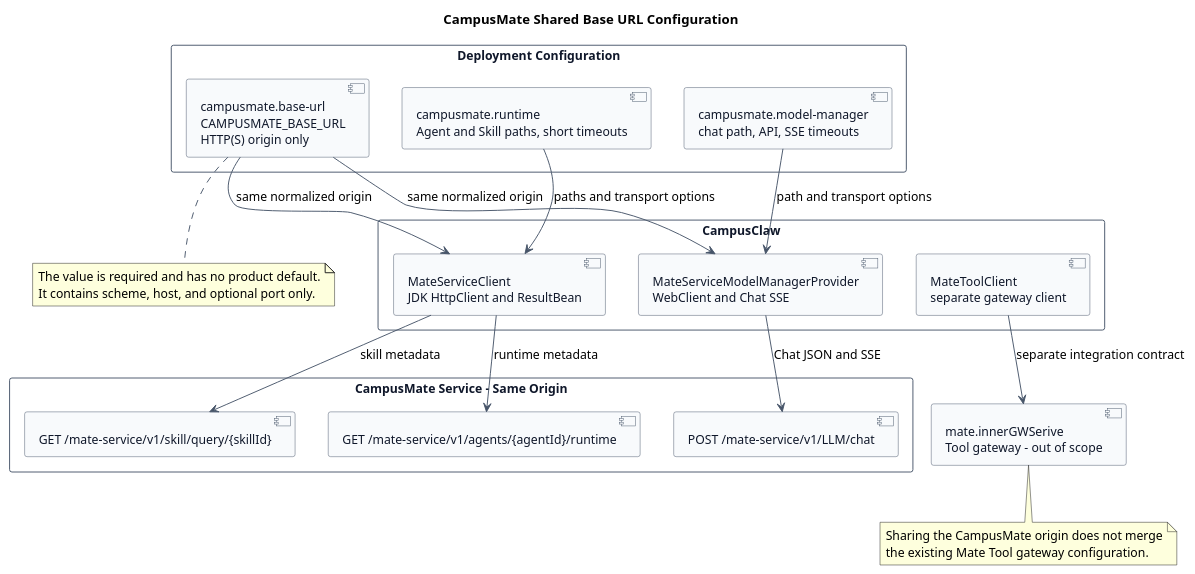
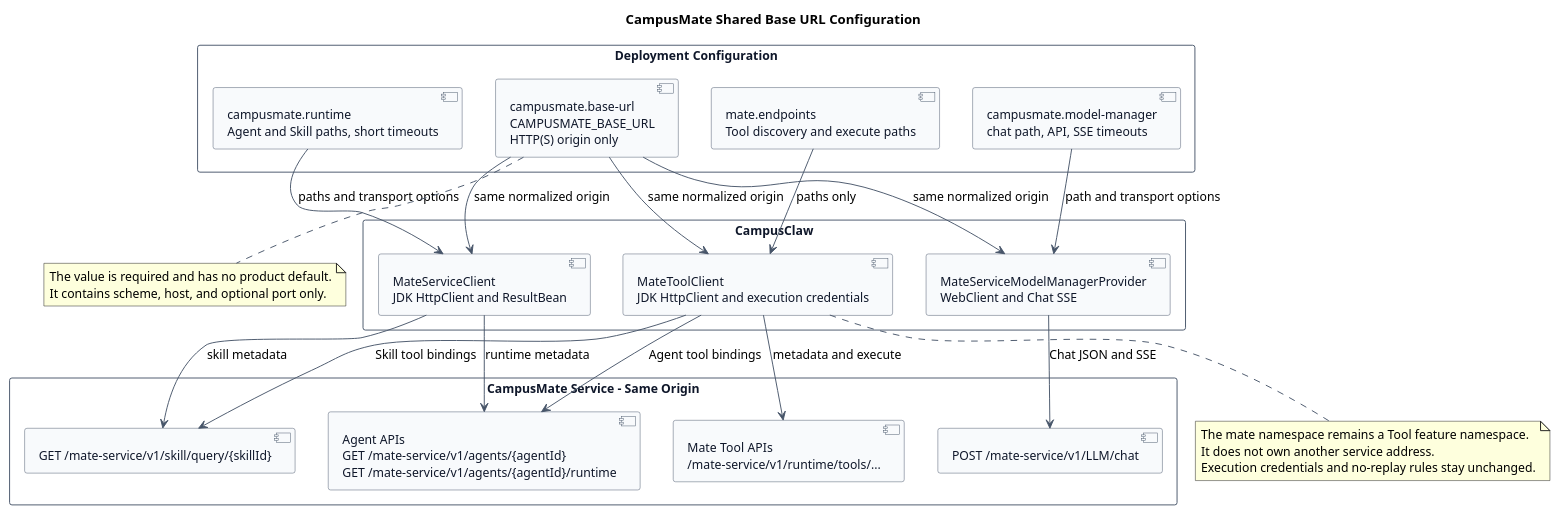
One commit to ssm0808/pi-mono-java-design changed the diagram in campusmate-shared-client-configuration/diagram.puml. Above: the diagram before and after it, drawn with PlantUML. The commit also changed 7 other files, not shown here.

Commit message:
docs(campusmate): 统一 Mate Tool 基础地址

```diff
--- a/campusmate-shared-client-configuration/diagram.puml
+++ b/campusmate-shared-client-configuration/diagram.puml
@@ -1,69 +1,77 @@
 @startuml campusmate_shared_base_url_configuration
 title CampusMate Shared Base URL Configuration
 
 ' Source evidence:
-' pi-mono-java modules/coding-agent-cli/src/main/resources/application.yml:89-108
+' pi-mono-java modules/coding-agent-cli/src/main/resources/application.yml:89-140
 ' pi-mono-java modules/ai/src/main/java/com/campusclaw/ai/provider/mate/MateServiceModelManagerProvider.java:68-76
 ' pi-mono-java modules/coding-agent-cli/src/main/java/com/campusclaw/codingagent/runtime/AgentRuntimeProperties.java:15-34
 ' pi-mono-java modules/coding-agent-cli/src/main/java/com/campusclaw/codingagent/runtime/MateServiceClient.java:43-69 and 184-197
+' pi-mono-java modules/coding-agent-cli/src/main/java/com/campusclaw/codingagent/config/MateToolAutoConfiguration.java:31-81
+' pi-mono-java modules/coding-agent-cli/src/main/java/com/campusclaw/codingagent/common/client/HttpMateToolClient.java:41-83 and 132-320
+' pi-mono-java mate-campusclaw/scripts/install_value.sh:27-38
 ' mate-service src/main/java/com/huawei/hicampus/mate/agentdefinition/controller/AgentDefinitionController.java:38-67
-' Observed behavior: Model Manager and Runtime clients read different base URL keys and can target different origins.
-' Target-only design: both clients read campusmate.base-url while retaining separate paths, timeouts, and protocols.
+' Observed behavior: Model Manager, Runtime, and Mate Tool clients read three address keys and can target different origins.
+' Target-only design: all three clients read campusmate.base-url while retaining separate paths, timeouts, auth, and protocols.
 ' Architecture change: deployment owns one CampusMate origin and no child configuration can override its host.
 ' Security hardening: child paths are absolute service paths and cannot contain another origin.
 
 skinparam backgroundColor #FFFFFF
 skinparam shadowing false
 skinparam defaultFontName Arial
 skinparam defaultFontSize 13
 skinparam component {
   BackgroundColor #F8FAFC
   BorderColor #475569
   FontColor #0F172A
 }
 skinparam rectangle {
   BackgroundColor #FFFFFF
   BorderColor #475569
   FontColor #0F172A
 }
 skinparam ArrowColor #475569
 
 rectangle "Deployment Configuration" {
   component "campusmate.base-url\nCAMPUSMATE_BASE_URL\nHTTP(S) origin only" as BaseUrl
   component "campusmate.model-manager\nchat path, API, SSE timeouts" as ModelConfig
   component "campusmate.runtime\nAgent and Skill paths, short timeouts" as RuntimeConfig
+  component "mate.endpoints\nTool discovery and execute paths" as ToolConfig
 }
 
 rectangle "CampusClaw" {
   component "MateServiceModelManagerProvider\nWebClient and Chat SSE" as ModelClient
   component "MateServiceClient\nJDK HttpClient and ResultBean" as RuntimeClient
-  component "MateToolClient\nseparate gateway client" as ToolClient
+  component "MateToolClient\nJDK HttpClient and execution credentials" as ToolClient
 }
 
 rectangle "CampusMate Service - Same Origin" {
   component "POST /mate-service/v1/LLM/chat" as ChatEndpoint
-  component "GET /mate-service/v1/agents/{agentId}/runtime" as AgentEndpoint
+  component "Agent APIs\nGET /mate-service/v1/agents/{agentId}\nGET /mate-service/v1/agents/{agentId}/runtime" as AgentEndpoint
   component "GET /mate-service/v1/skill/query/{skillId}" as SkillEndpoint
+  component "Mate Tool APIs\n/mate-service/v1/runtime/tools/..." as ToolEndpoint
 }
-
-component "mate.innerGWSerive\nTool gateway - out of scope" as ToolGateway
 
 BaseUrl --> ModelClient : same normalized origin
 BaseUrl --> RuntimeClient : same normalized origin
+BaseUrl --> ToolClient : same normalized origin
 ModelConfig --> ModelClient : path and transport options
 RuntimeConfig --> RuntimeClient : paths and transport options
+ToolConfig --> ToolClient : paths only
 ModelClient --> ChatEndpoint : Chat JSON and SSE
 RuntimeClient --> AgentEndpoint : runtime metadata
 RuntimeClient --> SkillEndpoint : skill metadata
-ToolClient --> ToolGateway : separate integration contract
+ToolClient --> AgentEndpoint : Agent tool bindings
+ToolClient --> SkillEndpoint : Skill tool bindings
+ToolClient --> ToolEndpoint : metadata and execute
 
 note bottom of BaseUrl
 The value is required and has no product default.
 It contains scheme, host, and optional port only.
 end note
 
-note bottom of ToolGateway
-Sharing the CampusMate origin does not merge
-the existing Mate Tool gateway configuration.
+note bottom of ToolClient
+The mate namespace remains a Tool feature namespace.
+It does not own another service address.
+Execution credentials and no-replay rules stay unchanged.
 end note
 @enduml
```
